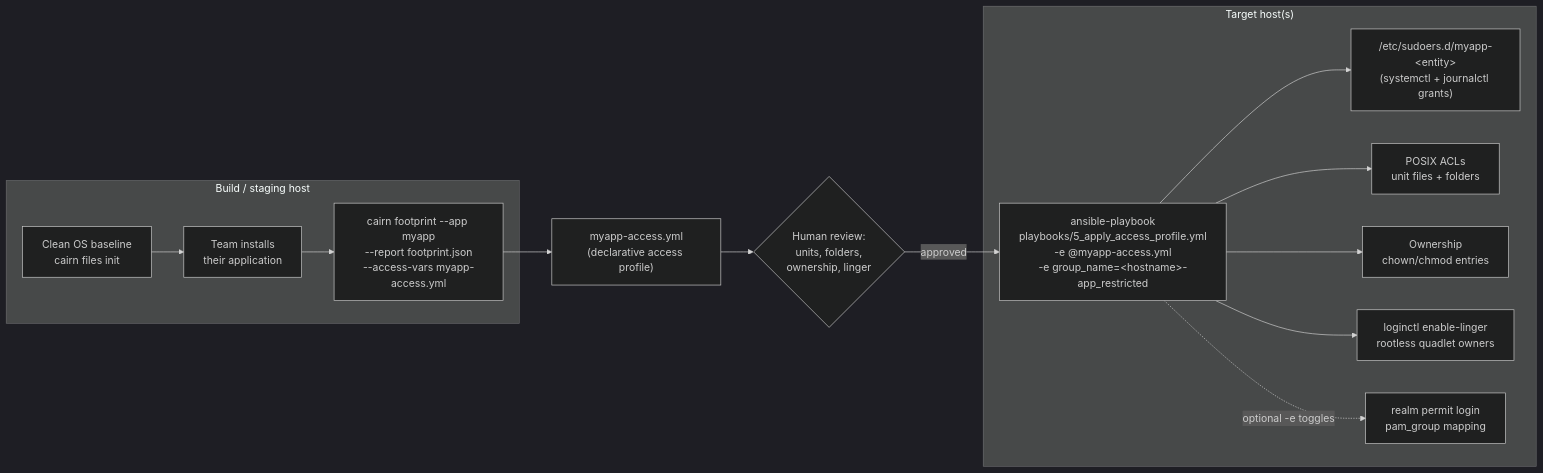
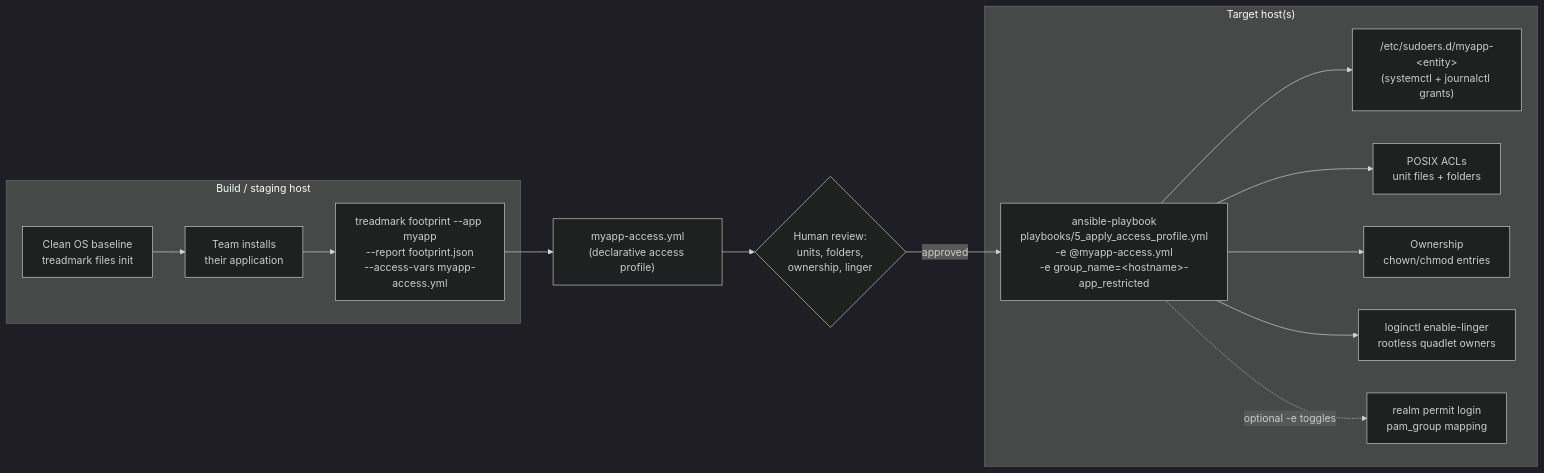
The first of 2 diagrams in docs/declarative-systemd-access.md (mcowser-p/ansible-declarative-access), drawn with Mermaid (dark theme) before and after one commit. The commit also changed other lines of this file and 29 other files, not shown here.

First line of the commit message:
docs(collection): cairn is now treadmark

````diff
--- a/docs/declarative-systemd-access.md
+++ b/docs/declarative-systemd-access.md
@@ -27,17 +27,17 @@
 ```mermaid
 flowchart LR
     subgraph capture["Build / staging host"]
-        A["Clean OS baseline<br/>cairn files init"] --> B["Team installs<br/>their application"]
-        B --> C["cairn footprint --app myapp<br/>--report footprint.json<br/>--access-vars myapp-access.yml"]
+        A["Clean OS baseline<br/>treadmark files init"] --> B["Team installs<br/>their application"]
+        B --> C["treadmark footprint --app myapp<br/>--report footprint.json<br/>--access-vars myapp-access.yml"]
     end
     C --> D["myapp-access.yml<br/>(declarative access profile)"]
     D --> E{"Human review:<br/>units, folders,<br/>ownership, linger"}
     E -->|approved| F["ansible-playbook<br/>playbooks/5_apply_access_profile.yml<br/>-e @myapp-access.yml<br/>-e group_name=&lt;hostname&gt;-app_restricted"]
     subgraph target["Target host(s)"]
         F --> G["/etc/sudoers.d/myapp-&lt;entity&gt;<br/>(systemctl + journalctl grants)"]
         F --> H["POSIX ACLs<br/>unit files + folders"]
         F --> I["Ownership<br/>chown/chmod entries"]
         F --> J["loginctl enable-linger<br/>rootless quadlet owners"]
         F -.->|optional -e toggles| K["realm permit login<br/>pam_group mapping"]
     end
 ```
````
